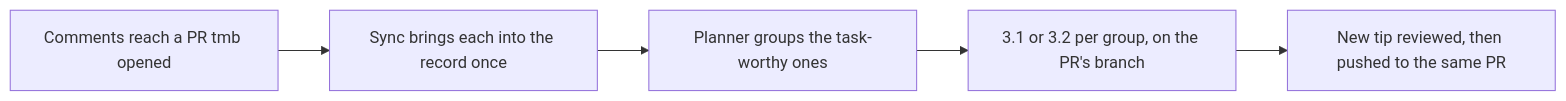
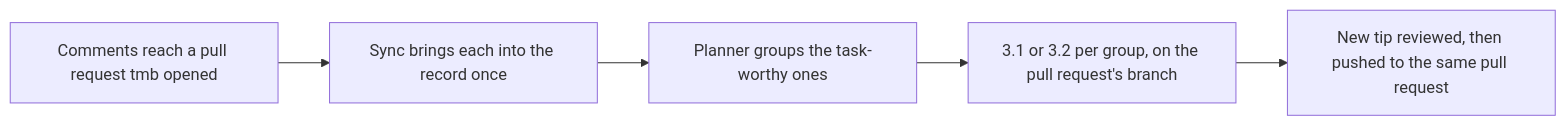
Diagram 12 of 24 in docs/flows/FLOWS.md (trustmybot/tmb), drawn with Mermaid before and after one commit. The commit also changed other lines of this file and 14 other files, not shown here.

Commit message:
📝 docs: flows, adapters, engine, roles and release pages follow the template; several-hosts design removed

````diff
--- a/docs/flows/FLOWS.md
+++ b/docs/flows/FLOWS.md
@@ -177,7 +206,7 @@
 ```mermaid
 flowchart LR
-    A["Comments reach a PR tmb opened"] --> B["Sync brings each into the record once"]
+    A["Comments reach a pull request tmb opened"] --> B["Sync brings each into the record once"]
     B --> C["Planner groups the task-worthy ones"]
-    C --> D["3.1 or 3.2 per group, on the PR's branch"]
-    D --> E["New tip reviewed, then pushed to the same PR"]
+    C --> D["3.1 or 3.2 per group, on the pull request's branch"]
+    D --> E["New tip reviewed, then pushed to the same pull request"]
 ```
````
